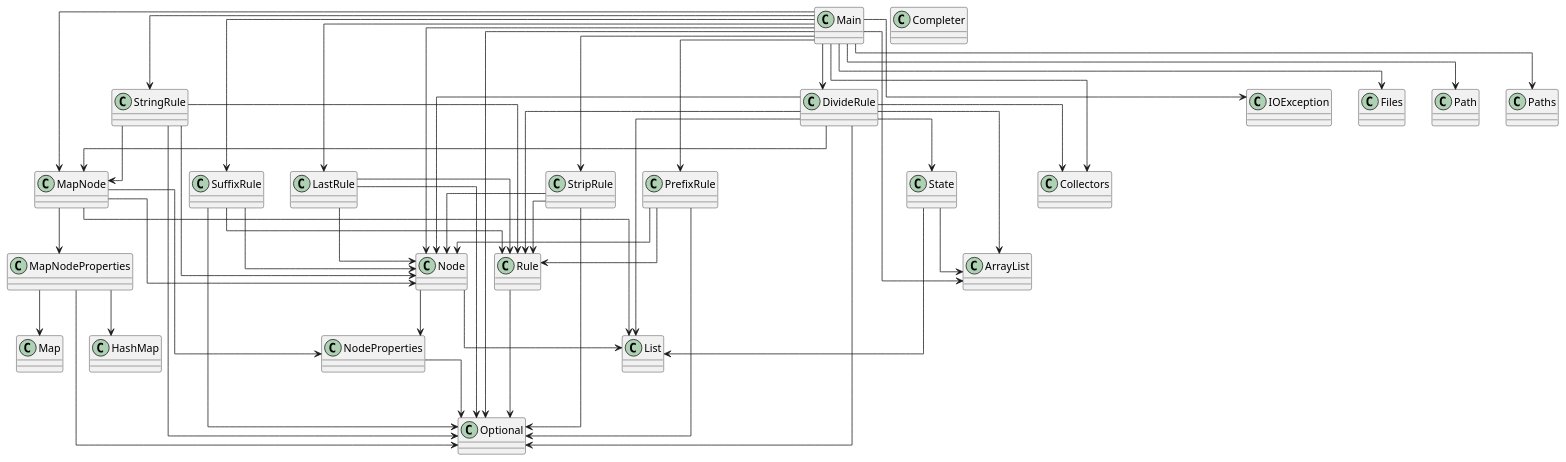
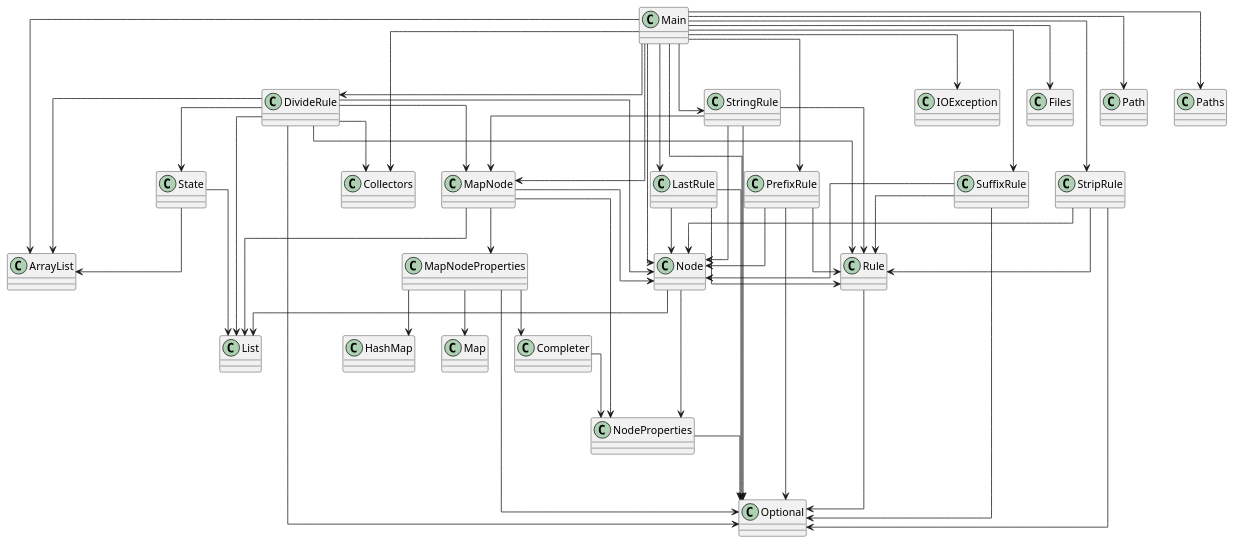
One commit to SirMathhman/Magma changed the diagram in diagram.puml. Above: the diagram before and after it, drawn with PlantUML. The commit also changed 2 other files, not shown here.

```diff
--- a/diagram.puml
+++ b/diagram.puml
@@ -1,69 +1,71 @@
 @startuml
 skinparam linetype ortho
 class MapNodeProperties
+MapNodeProperties --> Completer
 MapNodeProperties --> HashMap
 MapNodeProperties --> Map
 MapNodeProperties --> Optional
 class Node
 Node --> NodeProperties
 Node --> List
 class NodeProperties
 NodeProperties --> Optional
 class Rule
 Rule --> Optional
 class Completer
+Completer --> NodeProperties
 class LastRule
 LastRule --> Node
 LastRule --> Rule
 LastRule --> Optional
 class DivideRule
 DivideRule --> MapNode
 DivideRule --> Node
 DivideRule --> Rule
 DivideRule --> State
 DivideRule --> ArrayList
 DivideRule --> List
 DivideRule --> Optional
 DivideRule --> Collectors
 class PrefixRule
 PrefixRule --> Node
 PrefixRule --> Rule
 PrefixRule --> Optional
 class StringRule
 StringRule --> MapNode
 StringRule --> Node
 StringRule --> Rule
 StringRule --> Optional
 class SuffixRule
 SuffixRule --> Node
 SuffixRule --> Rule
 SuffixRule --> Optional
 class StripRule
 StripRule --> Node
 StripRule --> Rule
 StripRule --> Optional
 class Main
 Main --> MapNode
 Main --> Node
 Main --> DivideRule
 Main --> LastRule
 Main --> PrefixRule
 Main --> StringRule
 Main --> StripRule
 Main --> SuffixRule
 Main --> IOException
 Main --> Files
 Main --> Path
 Main --> Paths
 Main --> ArrayList
 Main --> Optional
 Main --> Collectors
 class MapNode
 MapNode --> Node
 MapNode --> MapNodeProperties
 MapNode --> NodeProperties
 MapNode --> List
 class State
 State --> ArrayList
 State --> List
 @enduml
```
